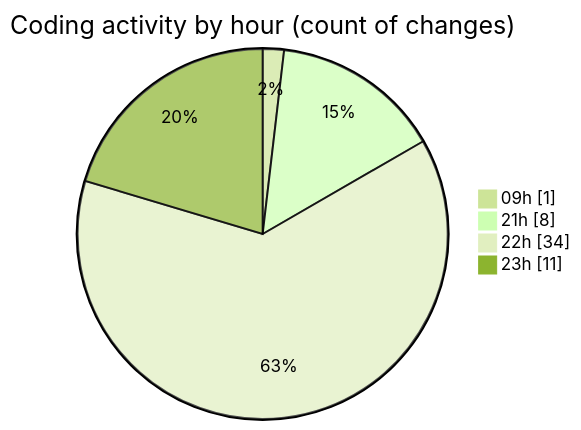
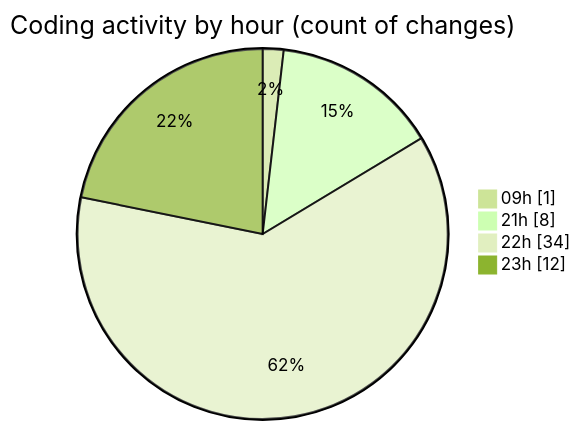
The second of 2 diagrams in 2025-02-19/myws__workspace_/README.md (MatusMokan/code-tracking), drawn with Mermaid (forest theme) before and after one commit. The commit also changed other lines of this file and 1 other file, not shown here.

````diff
--- a/2025-02-19/myws__workspace_/README.md
+++ b/2025-02-19/myws__workspace_/README.md
@@ -35,8 +35,8 @@
 ```mermaid
 pie showData
 title Coding activity by hour (count of changes)
 "09h" : 1
 "21h" : 8
 "22h" : 34
-"23h" : 11
+"23h" : 12
 ```
````
